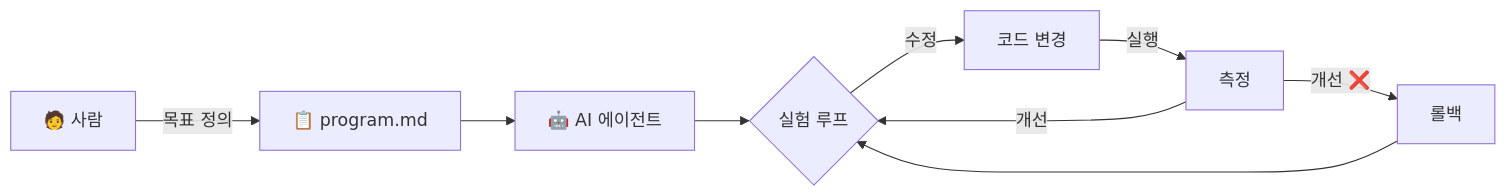
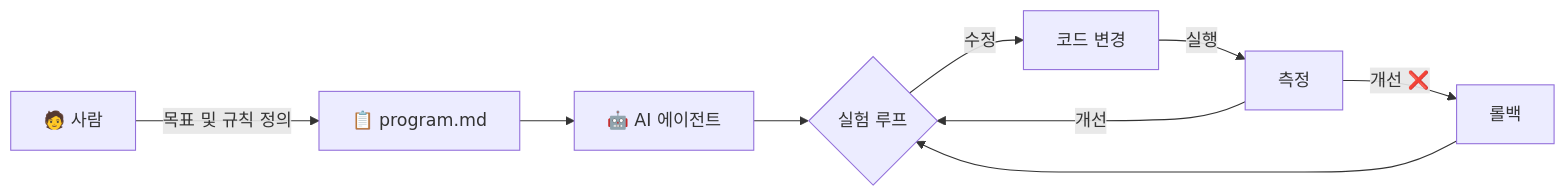
The diagram in docs/auto-improve/README.md (kimchanhyung98/agentic-workflows), drawn with Mermaid before and after one commit. The commit also changed other lines of this file and 2 other files, not shown here.

First line of the commit message:
docs: apply review feedback on program.md description and rollback accuracy

````diff
--- a/docs/auto-improve/README.md
+++ b/docs/auto-improve/README.md
@@ -11,11 +11,11 @@
 ```mermaid
 graph LR
-    A[🧑 사람] -->|목표 정의| B[📋 program.md]
+    A[🧑 사람] -->|목표 및 규칙 정의| B[📋 program.md]
     B --> C[🤖 AI 에이전트]
     C --> D{실험 루프}
     D -->|수정| E[코드 변경]
     E -->|실행| F[측정]
     F -->|개선| D
     F -->|개선 ❌| G[롤백]
     G --> D
 ```
````
